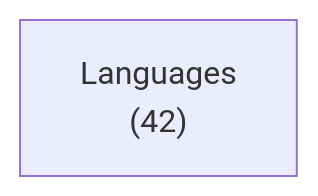
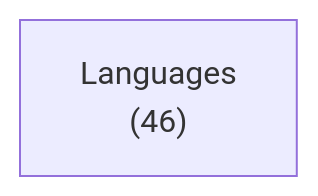
One commit to ruudkoot/rune changed the first of 2 diagrams in docs/lib/language/haskell/depends.md. Above: the diagram before and after it, drawn with Mermaid. The commit also changed other lines of this file and 22 other files, not shown here.

````diff
--- a/docs/lib/language/haskell/depends.md
+++ b/docs/lib/language/haskell/depends.md
@@ -24,4 +24,4 @@
 ```mermaid
 flowchart LR
-  a0["Languages<br>(42)"]
+  a0["Languages<br>(46)"]
 ```
````
